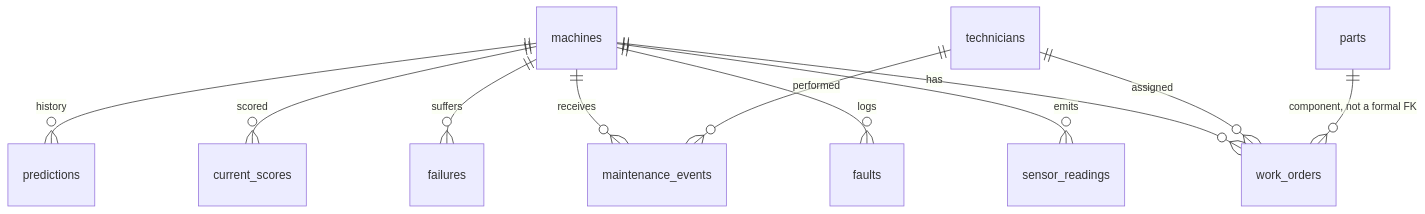
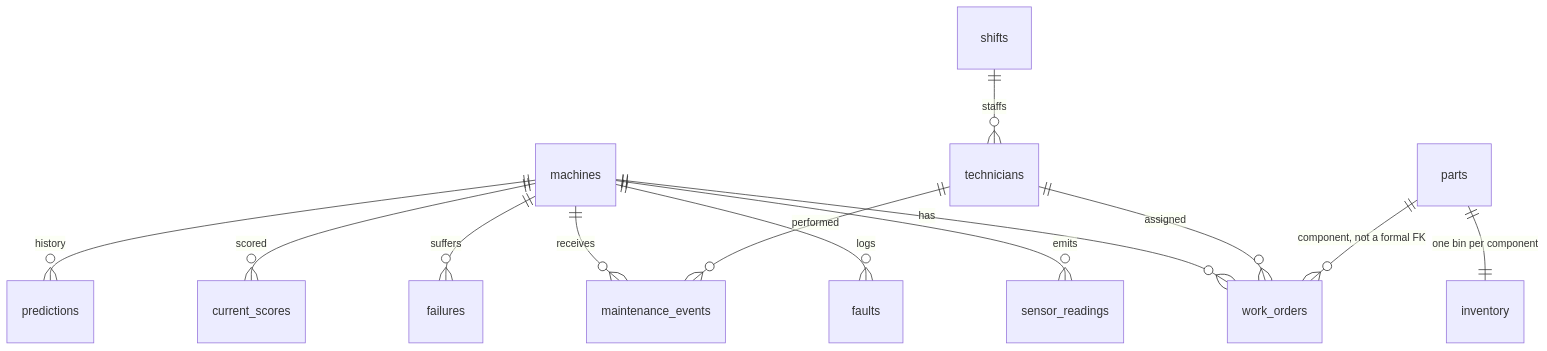
Before and after one commit to dharner42/Forged: the diagram in docs/schema.md, drawn with Mermaid. The commit also changed other lines of this file and 10 other files, not shown here.

````diff
--- a/docs/schema.md
+++ b/docs/schema.md
@@ -7,13 +7,15 @@
 ```mermaid
 erDiagram
     machines ||--o{ sensor_readings : emits
     machines ||--o{ faults : logs
     machines ||--o{ failures : suffers
     machines ||--o{ maintenance_events : receives
     machines ||--o{ work_orders : has
     machines ||--o{ current_scores : scored
     machines ||--o{ predictions : history
     technicians ||--o{ work_orders : assigned
     technicians ||--o{ maintenance_events : performed
+    shifts ||--o{ technicians : staffs
+    parts ||--|| inventory : "one bin per component"
     parts ||--o{ work_orders : "component, not a formal FK"
 ```
````
